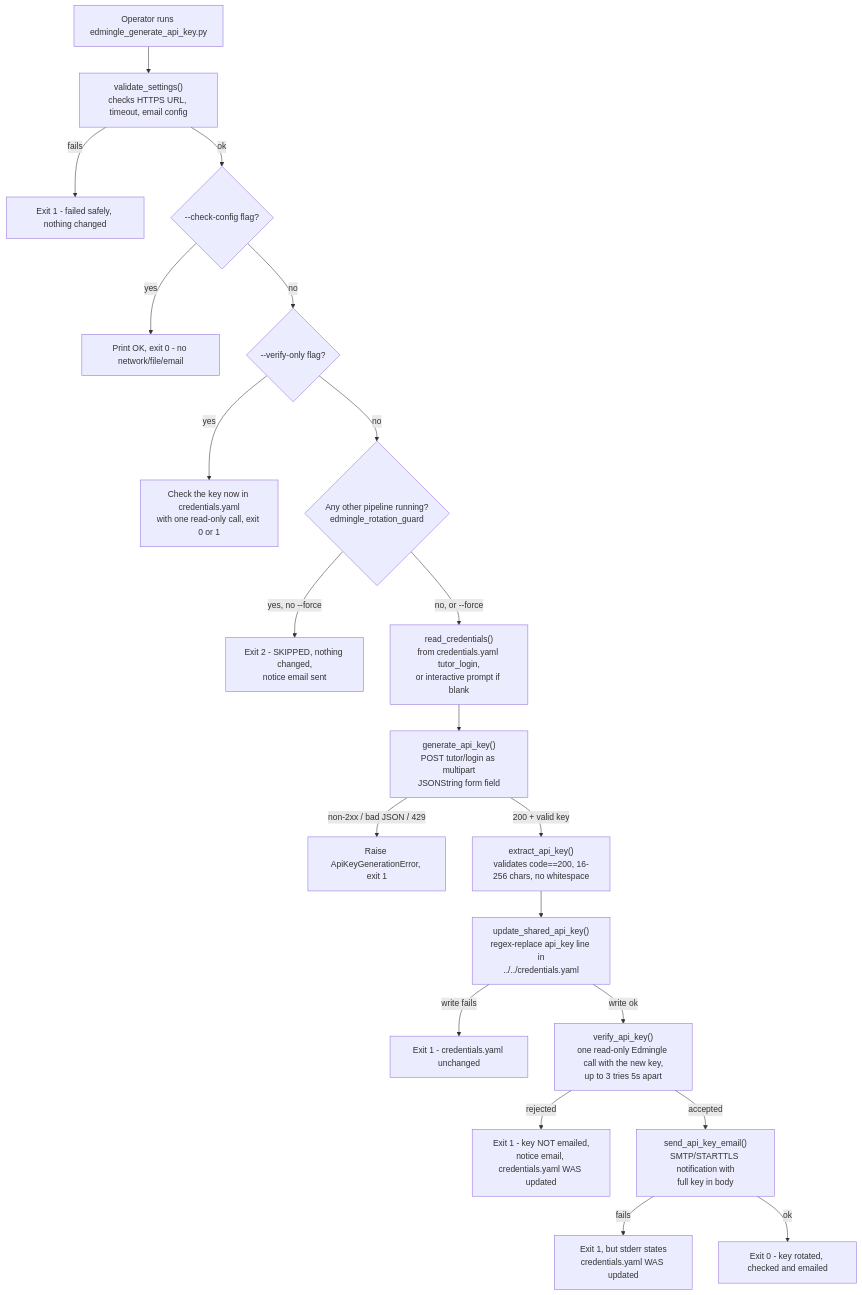
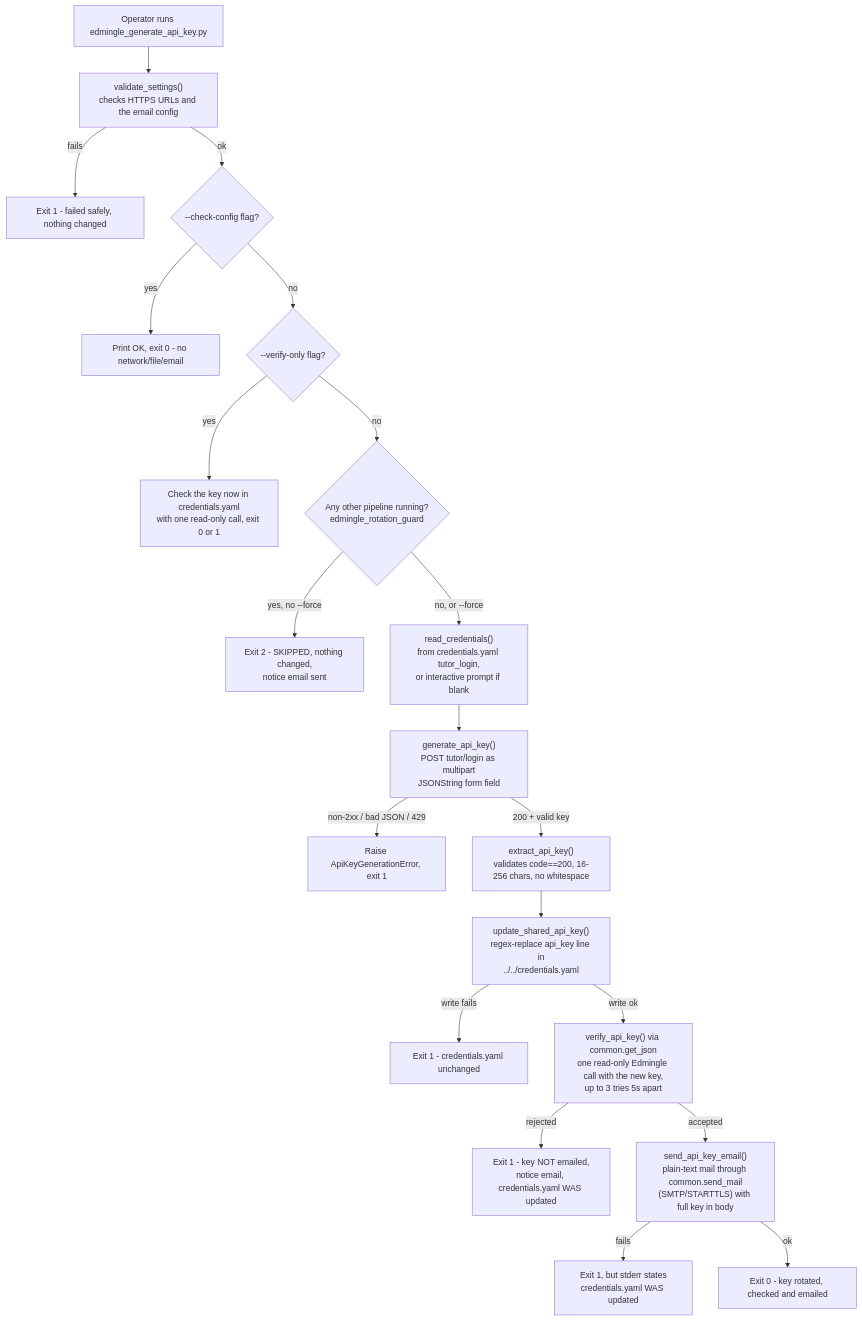
The diagram in edmingle_api_key_generator/EDMINGLE_API_KEY_GENERATOR.md (shubhamvyoma-oss/ela_datasets), drawn with Mermaid before and after one commit. The commit also changed other lines of this file and 5 other files, not shown here.

````diff
--- a/edmingle_api_key_generator/EDMINGLE_API_KEY_GENERATOR.md
+++ b/edmingle_api_key_generator/EDMINGLE_API_KEY_GENERATOR.md
@@ -11,22 +11,22 @@
 ```mermaid
 flowchart TD
-    A[Operator runs edmingle_generate_api_key.py] --> B["validate_settings()<br/>checks HTTPS URL, timeout, email config"]
+    A[Operator runs edmingle_generate_api_key.py] --> B["validate_settings()<br/>checks HTTPS URLs and the email config"]
     B -->|fails| Z1[Exit 1 - failed safely, nothing changed]
     B -->|ok| C{--check-config flag?}
     C -->|yes| Z2[Print OK, exit 0 - no network/file/email]
     C -->|no| V{--verify-only flag?}
     V -->|yes| V1["Check the key now in credentials.yaml<br/>with one read-only call, exit 0 or 1"]
     V -->|no| GD{"Any other pipeline running?<br/>edmingle_rotation_guard"}
     GD -->|yes, no --force| Z0["Exit 2 - SKIPPED, nothing changed,<br/>notice email sent"]
     GD -->|no, or --force| D["read_credentials()<br/>from credentials.yaml tutor_login,<br/>or interactive prompt if blank"]
     D --> E["generate_api_key()<br/>POST tutor/login as multipart<br/>JSONString form field"]
     E -->|non-2xx / bad JSON / 429| Z3[Raise ApiKeyGenerationError, exit 1]
     E -->|200 + valid key| F["extract_api_key()<br/>validates code==200, 16-256 chars, no whitespace"]
     F --> G["update_shared_api_key()<br/>regex-replace api_key line in<br/>../../credentials.yaml"]
     G -->|write fails| Z4[Exit 1 - credentials.yaml unchanged]
-    G -->|write ok| K["verify_api_key()<br/>one read-only Edmingle call with the new key,<br/>up to 3 tries 5s apart"]
+    G -->|write ok| K["verify_api_key() via common.get_json<br/>one read-only Edmingle call with the new key,<br/>up to 3 tries 5s apart"]
     K -->|rejected| Z6["Exit 1 - key NOT emailed,<br/>notice email, credentials.yaml WAS updated"]
-    K -->|accepted| H["send_api_key_email()<br/>SMTP/STARTTLS notification with<br/>full key in body"]
+    K -->|accepted| H["send_api_key_email()<br/>plain-text mail through common.send_mail<br/>(SMTP/STARTTLS) with full key in body"]
     H -->|fails| Z5["Exit 1, but stderr states<br/>credentials.yaml WAS updated"]
     H -->|ok| I[Exit 0 - key rotated, checked and emailed]
 ```
````
